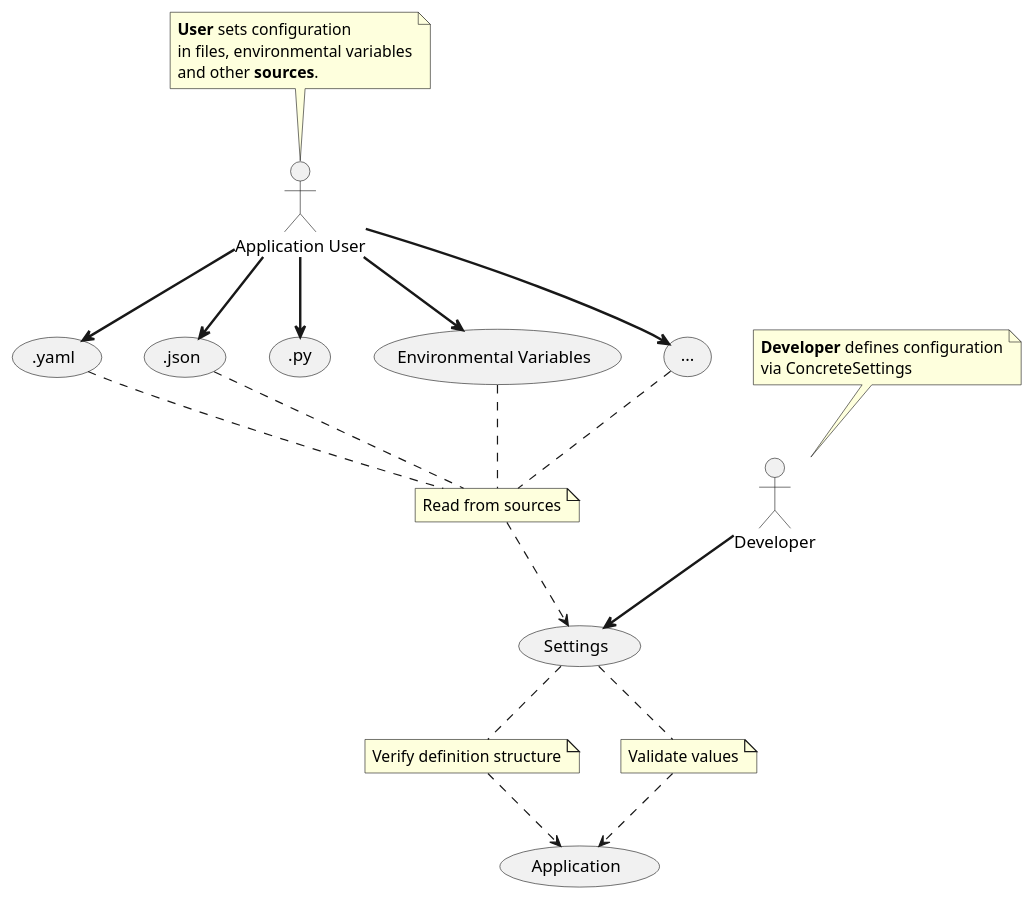
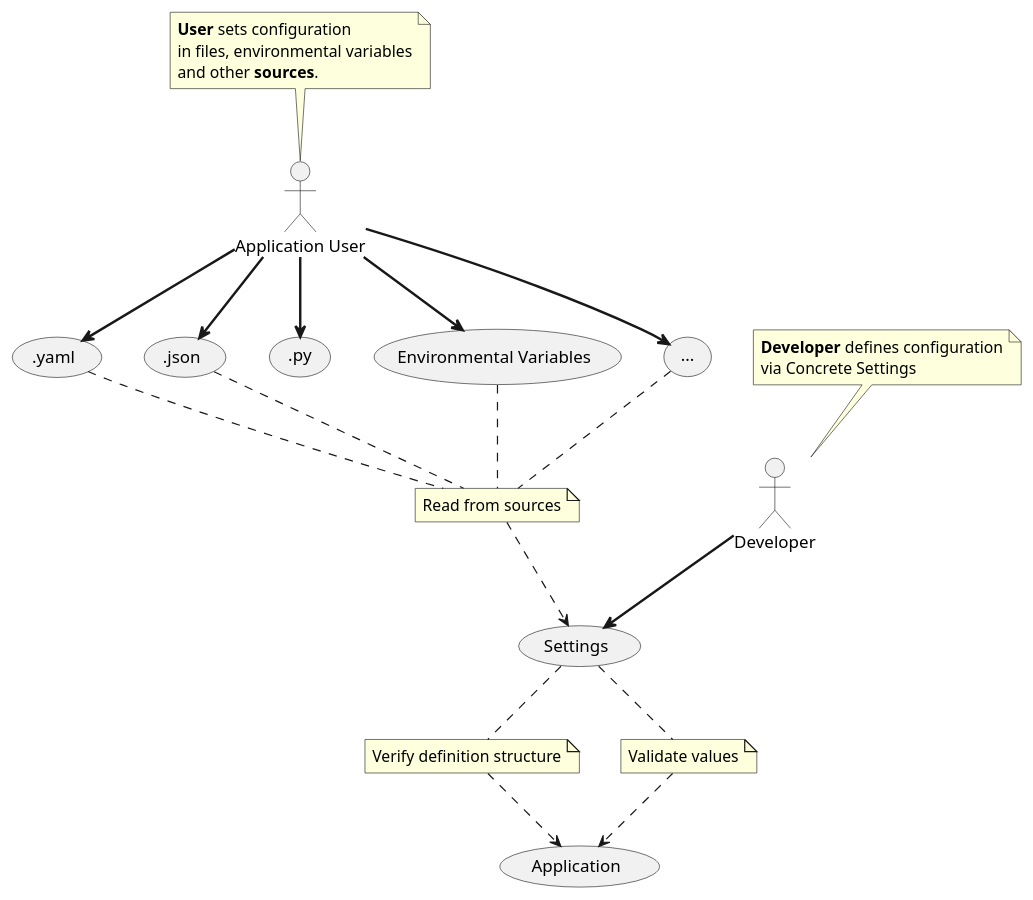
Before and after one commit to BasicWolf/archived-concrete-settings: the diagram in docs/src/index.rst, drawn with PlantUML. The commit also changed other lines of this file and 4 other files, not shown here.

```diff
--- a/docs/src/index.rst
+++ b/docs/src/index.rst
@@ -37,46 +38,46 @@
 .. uml::
 
    @startuml
    :Developer: as Dev
    :Application User: as User
    (.yaml) as (yaml_source)
    (.json) as (json_source)
    (.py) as (py_source)
    (Environmental Variables) as (envvar)
 
    note top of User
        **User** sets configuration
        in files, environmental variables
        and other **sources**.
    end note
 
    note top of Dev
        **Developer** defines configuration
-       via ConcreteSettings
+       via Concrete Settings
    end note
 
    User ==> (yaml_source)
    User ==> (json_source)
    User ==> (envvar)
    User ==> (py_source)
    User ==> (...)
 
    note "Read from sources" as note_read_settings
 
    Dev ==> (Settings)
 
    (yaml_source) .. note_read_settings
    (json_source) .. note_read_settings
    (envvar) .. note_read_settings
    (...) .. note_read_settings
    note_read_settings ..> (Settings)
 
    note "Verify definition structure" as note_verify
    note "Validate values" as note_validate
 
    (Settings) .. note_verify
    note_verify ..> (Application)
    (Settings) .. note_validate
    note_validate ..> (Application)
 
    @enduml
```
